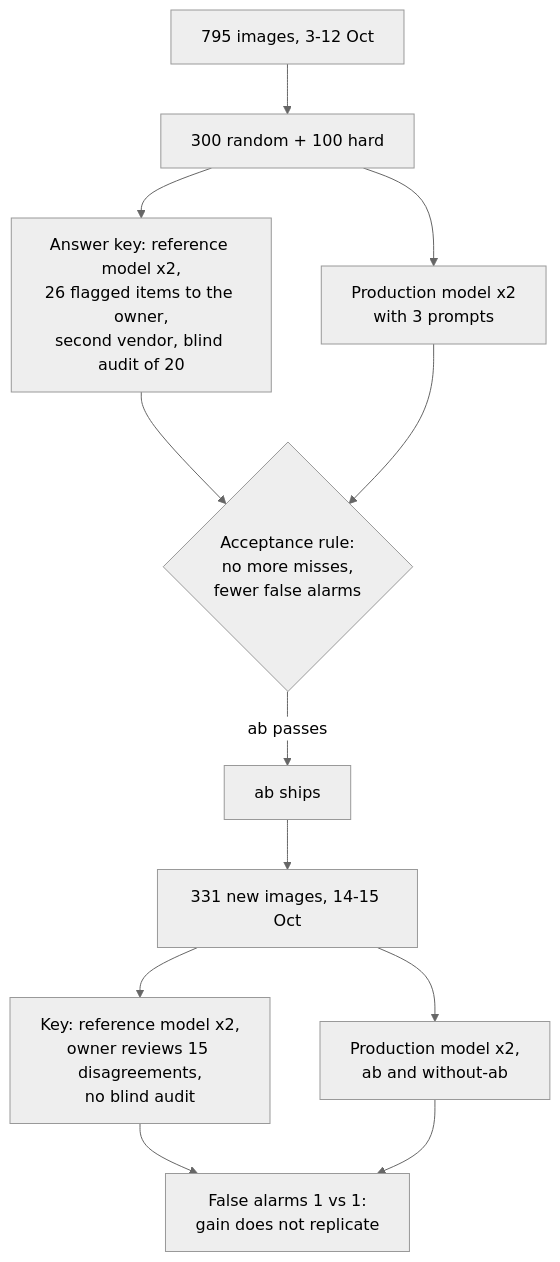
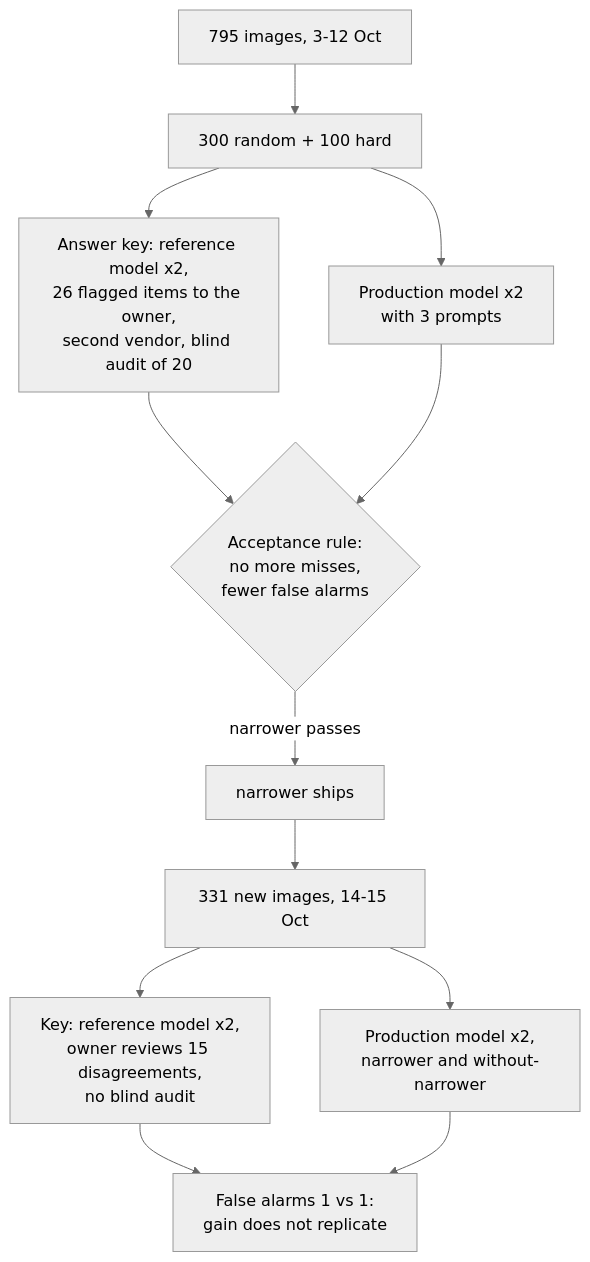
One commit to Nachox07/extraction-evals changed the diagram in REPORT.md. Above: the diagram before and after it, drawn with Mermaid (neutral theme). The commit also changed other lines of this file and 6 other files, not shown here.

````diff
--- a/REPORT.md
+++ b/REPORT.md
@@ -24,14 +31,14 @@
 ```mermaid
 flowchart TD
     A[795 images, 3-12 Oct] --> B[300 random + 100 hard]
     B --> C[Answer key: reference model x2,<br/>26 flagged items to the owner,<br/>second vendor, blind audit of 20]
     B --> D[Production model x2<br/>with 3 prompts]
     C --> E{Acceptance rule:<br/>no more misses,<br/>fewer false alarms}
     D --> E
-    E -->|ab passes| F[ab ships]
+    E -->|narrower passes| F[narrower ships]
     F --> G[331 new images, 14-15 Oct]
     G --> H[Key: reference model x2,<br/>owner reviews 15 disagreements,<br/>no blind audit]
-    G --> I[Production model x2,<br/>ab and without-ab]
+    G --> I[Production model x2,<br/>narrower and without-narrower]
     H --> J[False alarms 1 vs 1:<br/>gain does not replicate]
     I --> J
 ```
````
